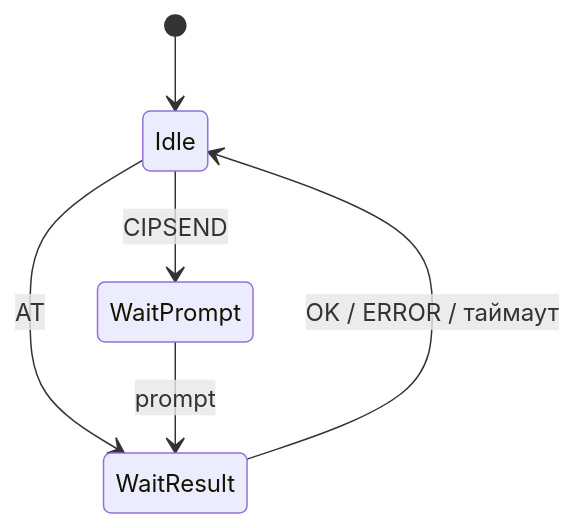
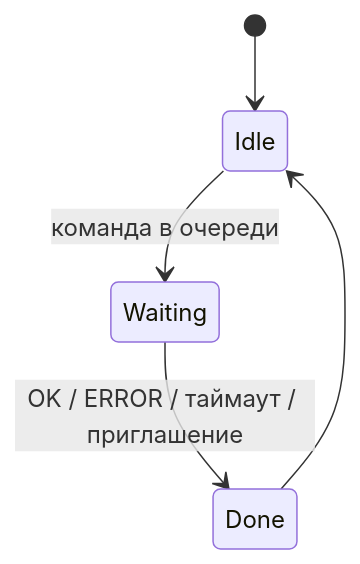
The second of 2 diagrams in docs/modules/modem.md (El-Vasao/AutoStartEspUnit), drawn with Mermaid before and after one commit. The commit also changed other lines of this file and 27 other files, not shown here.

````diff
--- a/docs/modules/modem.md
+++ b/docs/modules/modem.md
@@ -22,8 +22,7 @@
 ```mermaid
 stateDiagram-v2
   [*] --> Idle
-  Idle --> WaitPrompt: CIPSEND
-  Idle --> WaitResult: AT
-  WaitPrompt --> WaitResult: prompt
-  WaitResult --> Idle: OK / ERROR / таймаут
+  Idle --> Waiting: команда в очереди
+  Waiting --> Done: OK / ERROR / таймаут / приглашение
+  Done --> Idle
 ```
````
